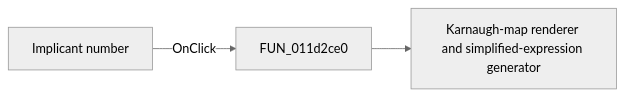
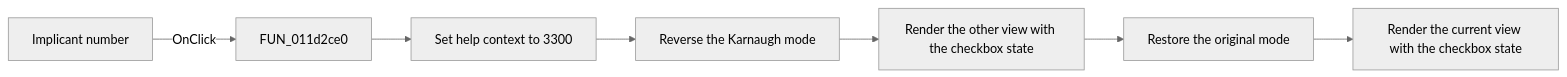
One commit to MovGP0/TIARA changed the diagram in docs/ui-controls/vk-form/check-m-ind-2c6f0a425c.md. Above: the diagram before and after it, drawn with Mermaid (neutral theme). The commit also changed other lines of this file and 1062 other files, not shown here.

````diff
--- a/docs/ui-controls/vk-form/check-m-ind-2c6f0a425c.md
+++ b/docs/ui-controls/vk-form/check-m-ind-2c6f0a425c.md
@@ -27,5 +29,9 @@
 ```mermaid
 flowchart LR
     control["Implicant number"] -->|OnClick| handler["FUN_011d2ce0"]
-    handler --> call1["Karnaugh-map renderer and simplified-expression generator"]
+    handler --> helpContext["Set help context to 3300"]
+    helpContext --> otherMode["Reverse the Karnaugh mode"]
+    otherMode --> renderOther["Render the other view with the checkbox state"]
+    renderOther --> restoreMode["Restore the original mode"]
+    restoreMode --> renderCurrent["Render the current view with the checkbox state"]
 ```
````
